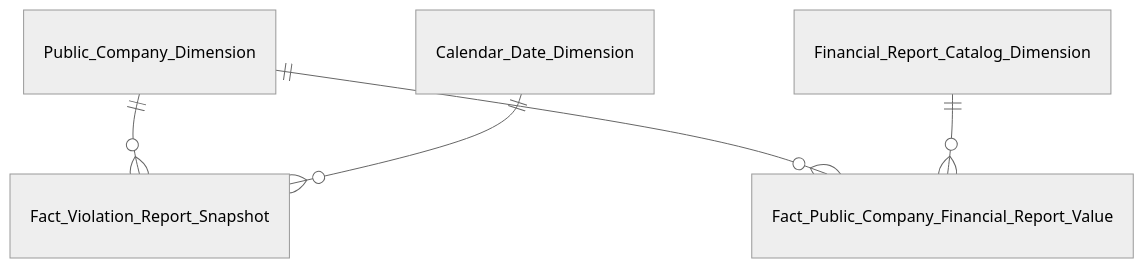
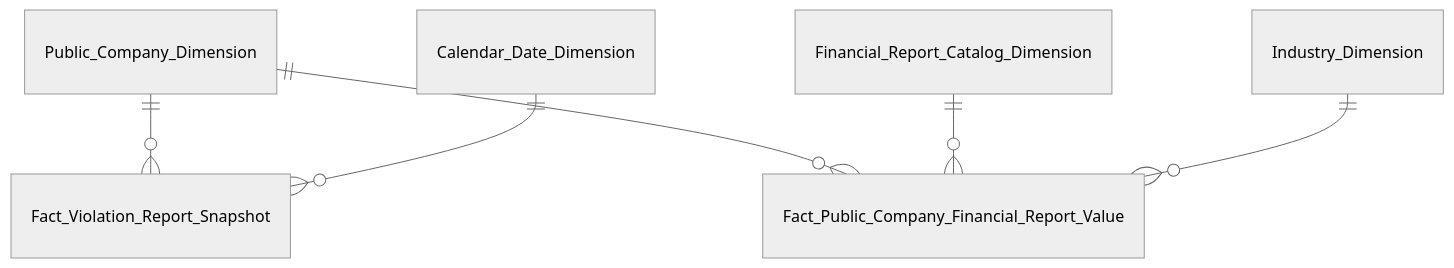
The second of 3 diagrams in Datamart/hld/DTM_GSDC_Entities.md (linhlvit/ubck_atomic_design), drawn with Mermaid (neutral theme) before and after one commit. The commit also changed other lines of this file and 10 other files, not shown here.

````diff
--- a/Datamart/hld/DTM_GSDC_Entities.md
+++ b/Datamart/hld/DTM_GSDC_Entities.md
@@ -31,7 +31,8 @@
 ```mermaid
 erDiagram
     Public_Company_Dimension ||--o{ Fact_Violation_Report_Snapshot : " "
     Calendar_Date_Dimension ||--o{ Fact_Violation_Report_Snapshot : " "
     Public_Company_Dimension ||--o{ Fact_Public_Company_Financial_Report_Value : " "
     Financial_Report_Catalog_Dimension ||--o{ Fact_Public_Company_Financial_Report_Value : " "
+    Industry_Dimension ||--o{ Fact_Public_Company_Financial_Report_Value : " "
 ```
````
